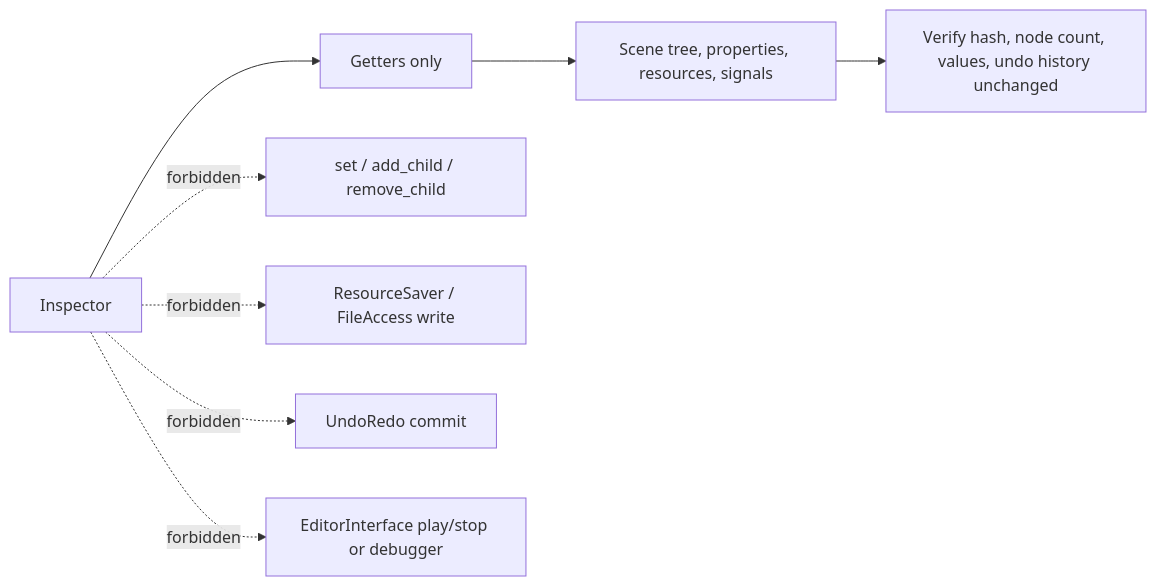
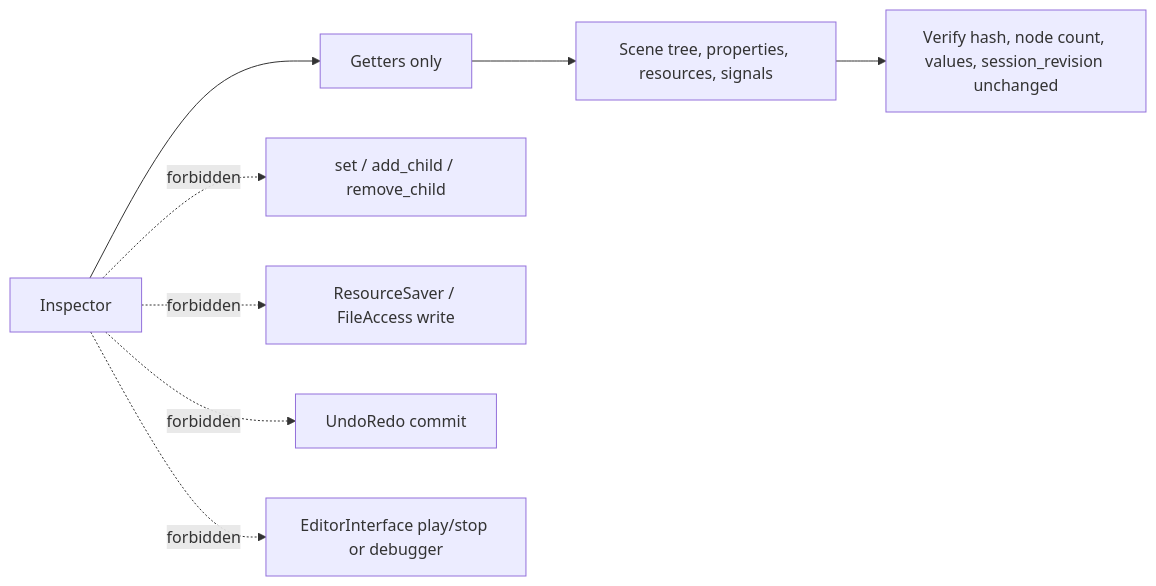
Before and after one commit to longjoel/tiiny-godot: the sixth of 6 diagrams in plan/mockups/05-workspace-inspection-diagrams.md, drawn with Mermaid. The commit also changed 28 other files, not shown here.

````diff
--- a/plan/mockups/05-workspace-inspection-diagrams.md
+++ b/plan/mockups/05-workspace-inspection-diagrams.md
@@ -131,10 +131,10 @@
 ```mermaid
 flowchart LR
     A[Inspector] --> B[Getters only]
     B --> C[Scene tree, properties, resources, signals]
     A -. forbidden .-> D[set / add_child / remove_child]
     A -. forbidden .-> E[ResourceSaver / FileAccess write]
     A -. forbidden .-> F[UndoRedo commit]
     A -. forbidden .-> G[EditorInterface play/stop or debugger]
-    C --> H[Verify hash, node count, values, undo history unchanged]
+    C --> H[Verify hash, node count, values, session_revision unchanged]
 ```
````
